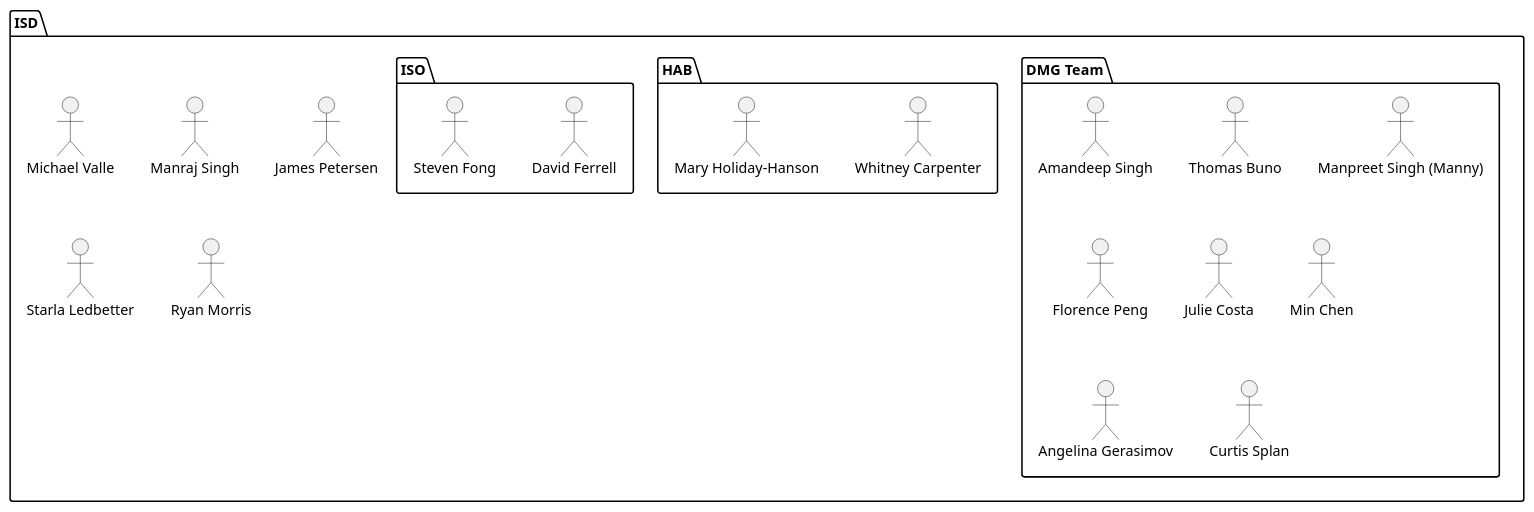
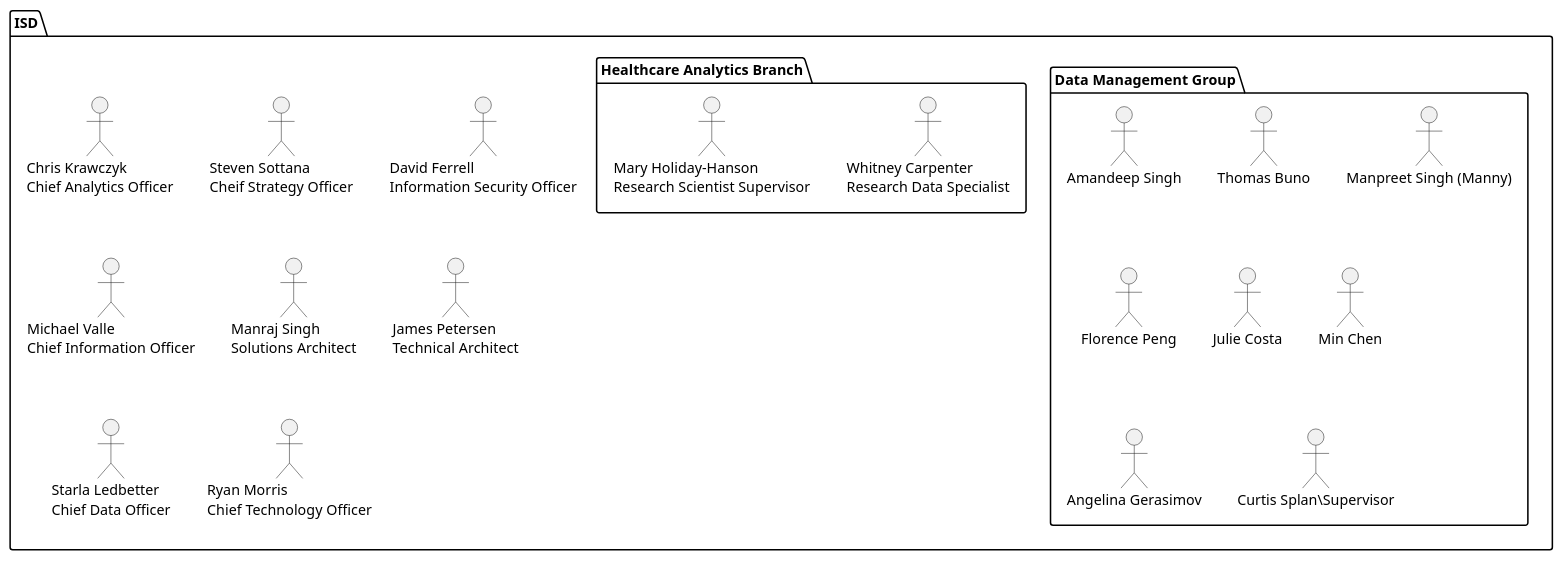
One commit to msingh-oshpd/dataops-docs changed the diagram in actors.puml. Above: the diagram before and after it, drawn with PlantUML.

```diff
--- a/actors.puml
+++ b/actors.puml
@@ -1,26 +1,25 @@
 package "ISD" as isd {
-  package "DMG Team" as dmg {
+  package "Data Management Group" as dmg {
     actor "Amandeep Singh" as amandeeps
     actor "Thomas Buno" as thomasb
     actor "Manpreet Singh (Manny)" as manpreets
     actor "Florence Peng" as florencep
     actor "Julie Costa" as juliec
     actor "Min Chen" as minc
     actor "Angelina Gerasimov" as angelinag
-    actor "Curtis Splan" as curtiss
+    actor "Curtis Splan\Supervisor" as curtiss
   }
-  package "HAB" as hab {
-    actor "Whitney Carpenter" as whitneyc
-    actor "Mary Holiday-Hanson" as maryhh
+  package "Healthcare Analytics Branch" as hab {
+    actor "Whitney Carpenter\nResearch Data Specialist" as whitneyc
+    actor "Mary Holiday-Hanson\nResearch Scientist Supervisor" as maryhh
   }
 
-  package "ISO" as iso {
-    actor "David Ferrell" as davidf
-    actor "Steven Fong" as stevenf
-  }
-  actor "Michael Valle" as michaelv
-  actor "Manraj Singh" as manrajs
-  actor "James Petersen" as jamesp
-  actor "Starla Ledbetter" as starlal
-  actor "Ryan Morris" as ryanm
+  actor "Chris Krawczyk\nChief Analytics Officer" as chrisk
+  actor "Steven Sottana\nCheif Strategy Officer" as stevens
+  actor "David Ferrell\nInformation Security Officer" as davidf
+  actor "Michael Valle\nChief Information Officer" as michaelv
+  actor "Manraj Singh\nSolutions Architect" as manrajs
+  actor "James Petersen\nTechnical Architect" as jamesp
+  actor "Starla Ledbetter\nChief Data Officer" as starlal
+  actor "Ryan Morris\nChief Technology Officer" as ryanm
 }
```
